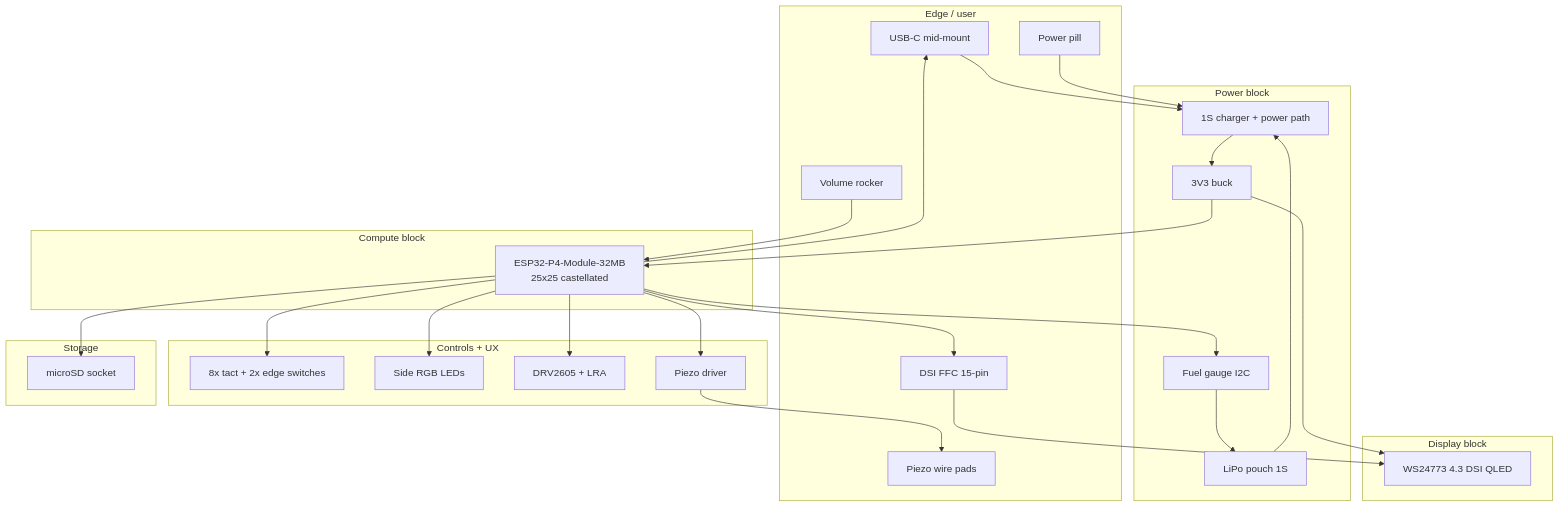
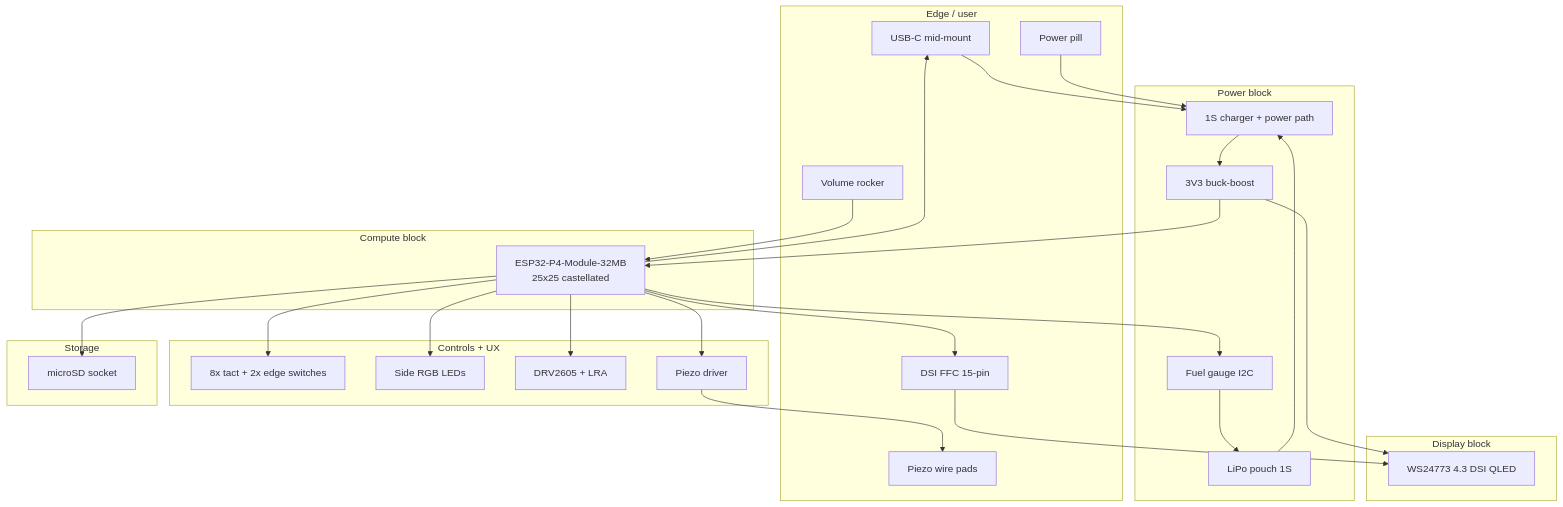
The diagram in hardware/card/BLOCK_DIAGRAM.md (increpare/PuzzleScript-labs), drawn with Mermaid before and after one commit. The commit also changed other lines of this file and 24 other files, not shown here.

````diff
--- a/hardware/card/BLOCK_DIAGRAM.md
+++ b/hardware/card/BLOCK_DIAGRAM.md
@@ -11,55 +11,55 @@
 ```mermaid
 flowchart TB
     subgraph edge [Edge / user]
         USBC[USB-C mid-mount]
         PWR[Power pill]
         VOL[Volume rocker]
         FFC[DSI FFC 15-pin]
         PIEZO_PADS[Piezo wire pads]
     end
 
     subgraph power [Power block]
         CHG[1S charger + power path]
         GAUGE[Fuel gauge I2C]
-        BUCK[3V3 buck]
+        BUCK[3V3 buck-boost]
         CELL[LiPo pouch 1S]
     end
 
     subgraph compute [Compute block]
         MOD[ESP32-P4-Module-32MB<br/>25x25 castellated]
     end
 
     subgraph display [Display block]
         PANEL[WS24773 4.3 DSI QLED]
     end
 
     subgraph io [Controls + UX]
         SW[8x tact + 2x edge switches]
         RGB[Side RGB LEDs]
         LRA[DRV2605 + LRA]
         PZ_DRV[Piezo driver]
     end
 
     subgraph storage [Storage]
         SD[microSD socket]
     end
 
     USBC --> CHG
     CELL --> CHG
     CHG --> BUCK
     BUCK --> MOD
     BUCK --> PANEL
     GAUGE --> CELL
     MOD --> GAUGE
     MOD --> FFC
     FFC --> PANEL
     MOD --> SW
     MOD --> RGB
     MOD --> LRA
     MOD --> PZ_DRV
     PZ_DRV --> PIEZO_PADS
     MOD --> SD
     MOD --> USBC
     PWR --> CHG
     VOL --> MOD
 ```
````
